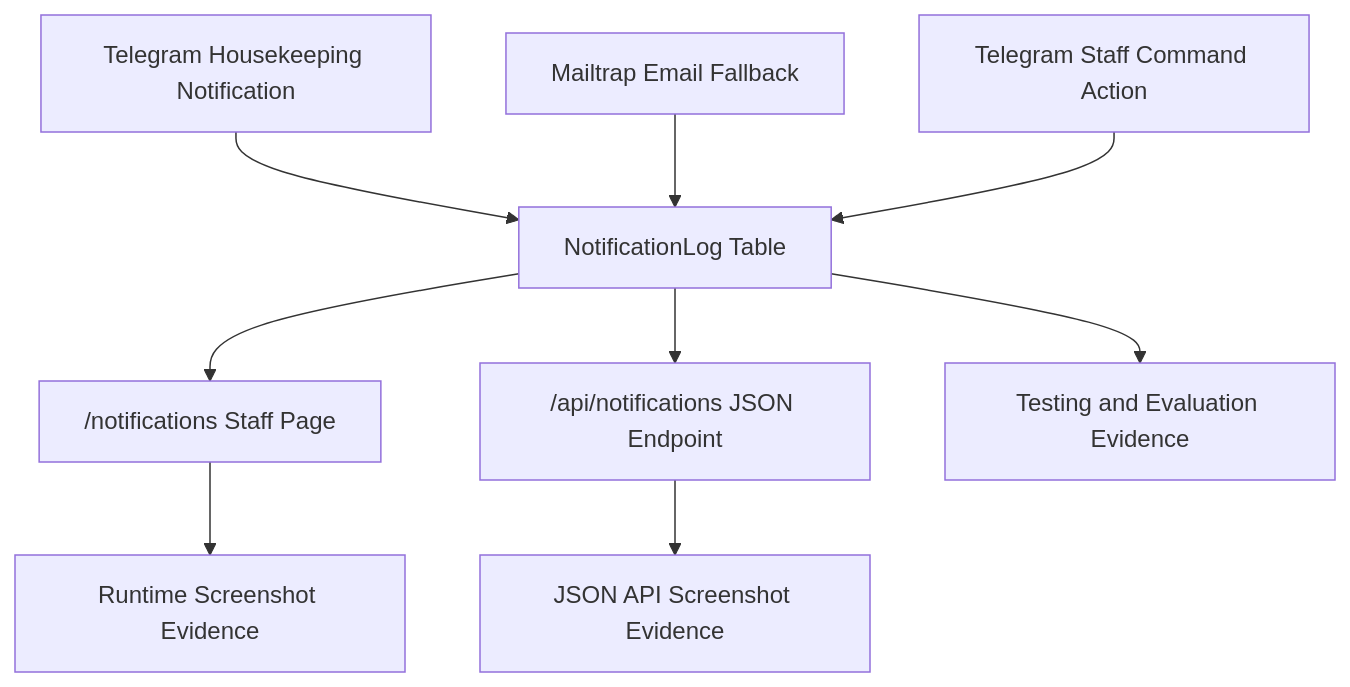
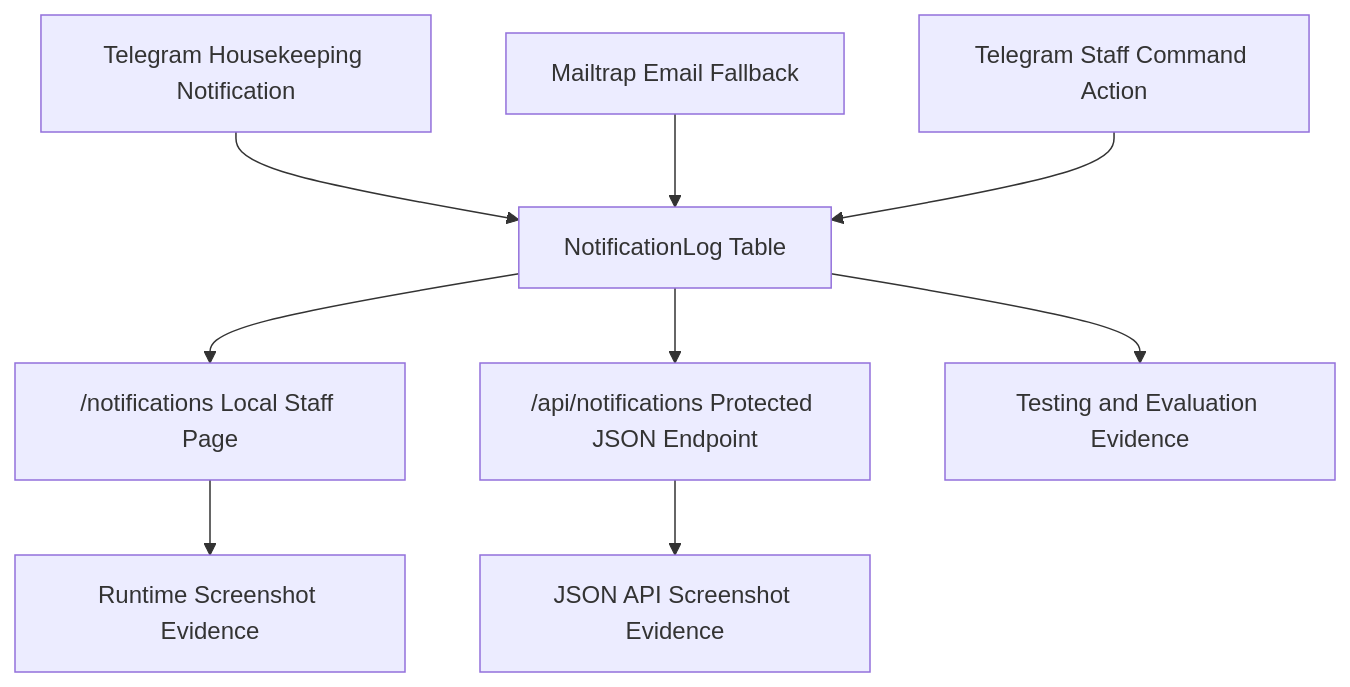
One commit to vlad12-k/boutique-hotel-booking-system changed the fifth of 5 diagrams in docs/api-design-diagrams.md. Above: the diagram before and after it, drawn with Mermaid. The commit also changed other lines of this file and 2 other files, not shown here.

````diff
--- a/docs/api-design-diagrams.md
+++ b/docs/api-design-diagrams.md
@@ -163,13 +163,13 @@
 ```mermaid
 flowchart TD
     A["Telegram Housekeeping Notification"] --> D["NotificationLog Table"]
     B["Mailtrap Email Fallback"] --> D
     C["Telegram Staff Command Action"] --> D
 
-    D --> E["/notifications Staff Page"]
-    D --> F["/api/notifications JSON Endpoint"]
+    D --> E["/notifications Local Staff Page"]
+    D --> F["/api/notifications Protected JSON Endpoint"]
 
     E --> G["Runtime Screenshot Evidence"]
     F --> H["JSON API Screenshot Evidence"]
     D --> I["Testing and Evaluation Evidence"]
 ```
````
